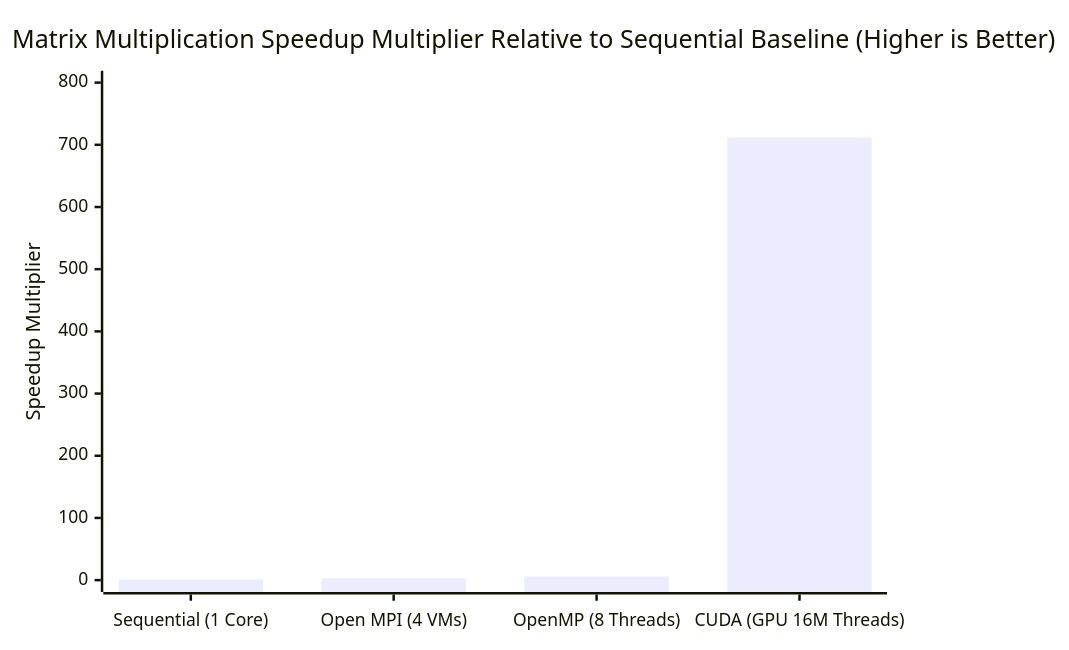
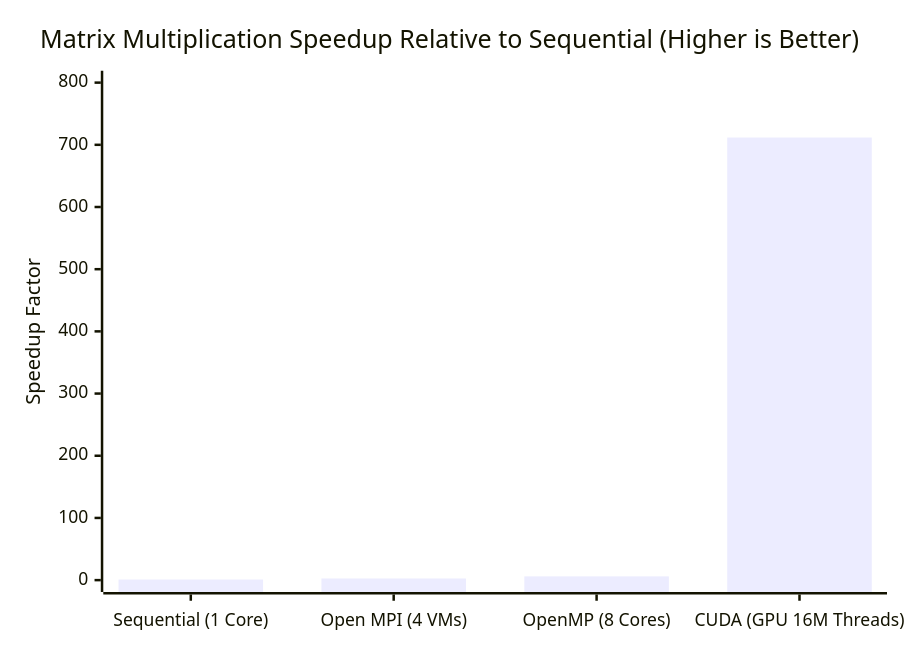
Before and after one commit to mehaksayedyusuf/Parallel-and-GPU-Computing: the diagram in README.md, drawn with Mermaid. The commit also changed other lines of this file, not shown here.

````diff
--- a/README.md
+++ b/README.md
@@ -404,7 +43,7 @@
 ```mermaid
 xychart-beta
-    title "Matrix Multiplication Speedup Multiplier Relative to Sequential Baseline (Higher is Better)"
-    x-axis ["Sequential (1 Core)", "Open MPI (4 VMs)", "OpenMP (8 Threads)", "CUDA (GPU 16M Threads)"]
-    y-axis "Speedup Multiplier" 0 --> 800
+    title "Matrix Multiplication Speedup Relative to Sequential (Higher is Better)"
+    x-axis ["Sequential (1 Core)", "Open MPI (4 VMs)", "OpenMP (8 Cores)", "CUDA (GPU 16M Threads)"]
+    y-axis "Speedup Factor" 0 --> 800
     bar [1.0, 2.63, 6.02, 711.68]
 ```
````
